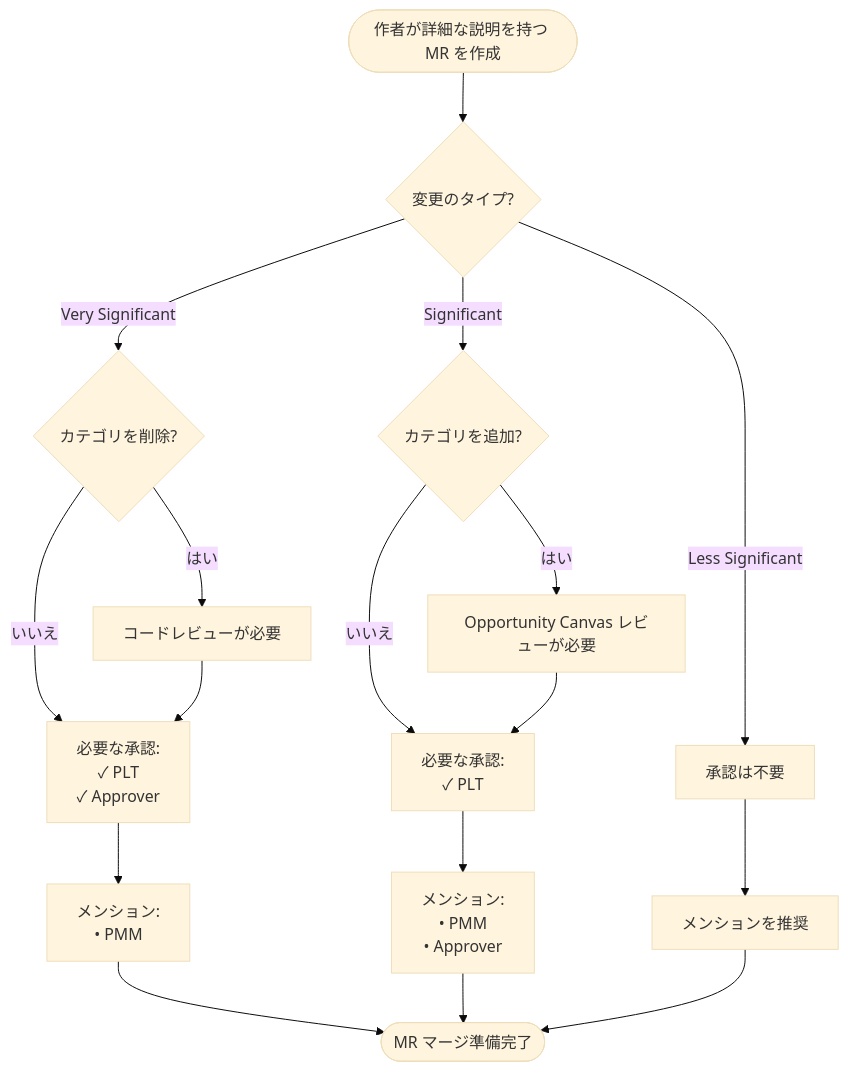
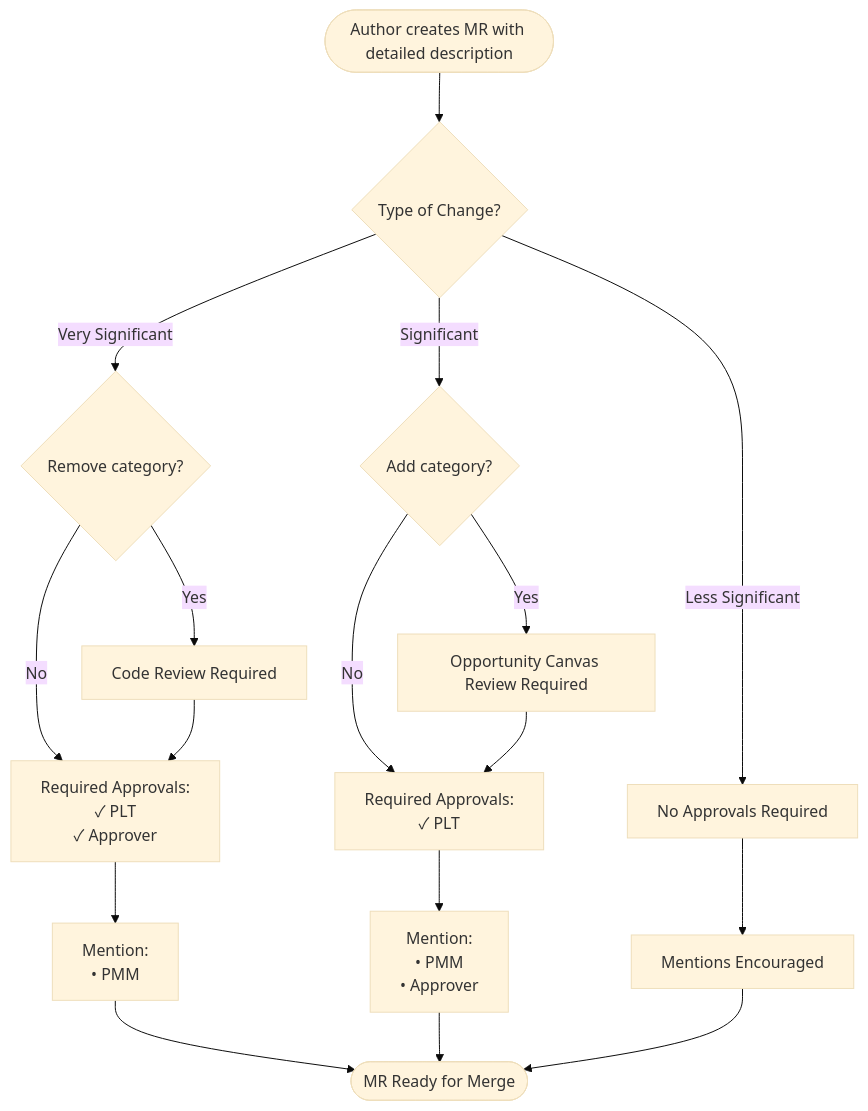
The first of 2 diagrams in content/handbook/product/categories/_index.md (kyama0/gitlab-handbook-ja), drawn with Mermaid (base theme) before and after one commit. The commit also changed other lines of this file and 56 other files, not shown here.

````diff
--- a/content/handbook/product/categories/_index.md
+++ b/content/handbook/product/categories/_index.md
@@ -162,25 +162,25 @@
 ```mermaid
 flowchart TD
-    Start([作者が詳細な説明を持つ MR を作成]) --> Decision{変更のタイプ?}
+    Start([Author creates MR with detailed description]) --> Decision{Type of Change?}
 
-    Decision -->|Very Significant| VSType{カテゴリを削除?}
-    Decision -->|Significant| SType{カテゴリを追加?}
-    Decision -->|Less Significant| LSApproval[承認は不要]
+    Decision -->|Very Significant| VSType{Remove category?}
+    Decision -->|Significant| SType{Add category?}
+    Decision -->|Less Significant| LSApproval[No Approvals Required]
 
-    VSType -->|はい| CodeReview[コードレビューが必要]
-    VSType -->|いいえ| VSApproval[必要な承認:<br/>✓ PLT<br/>✓ Approver]
+    VSType -->|Yes| CodeReview[Code Review Required]
+    VSType -->|No| VSApproval[Required Approvals:<br/>✓ PLT<br/>✓ Approver]
     CodeReview --> VSApproval
 
-    SType -->|はい| CanvasReview[Opportunity Canvas レビューが必要]
-    SType -->|いいえ| SApproval[必要な承認:<br/>✓ PLT]
+    SType -->|Yes| CanvasReview[Opportunity Canvas Review Required]
+    SType -->|No| SApproval[Required Approvals:<br/>✓ PLT]
     CanvasReview --> SApproval
 
-    VSApproval --> VSMention[メンション:<br/>• PMM]
-    VSMention --> End([MR マージ準備完了])
+    VSApproval --> VSMention[Mention:<br/>• PMM]
+    VSMention --> End([MR Ready for Merge])
 
-    SApproval --> SMention[メンション:<br/>• PMM<br/>• Approver]
+    SApproval --> SMention[Mention:<br/>• PMM<br/>• Approver]
     SMention --> End
 
-    LSApproval --> LSMention[メンションを推奨]
+    LSApproval --> LSMention[Mentions Encouraged]
     LSMention --> End
 ```
````
